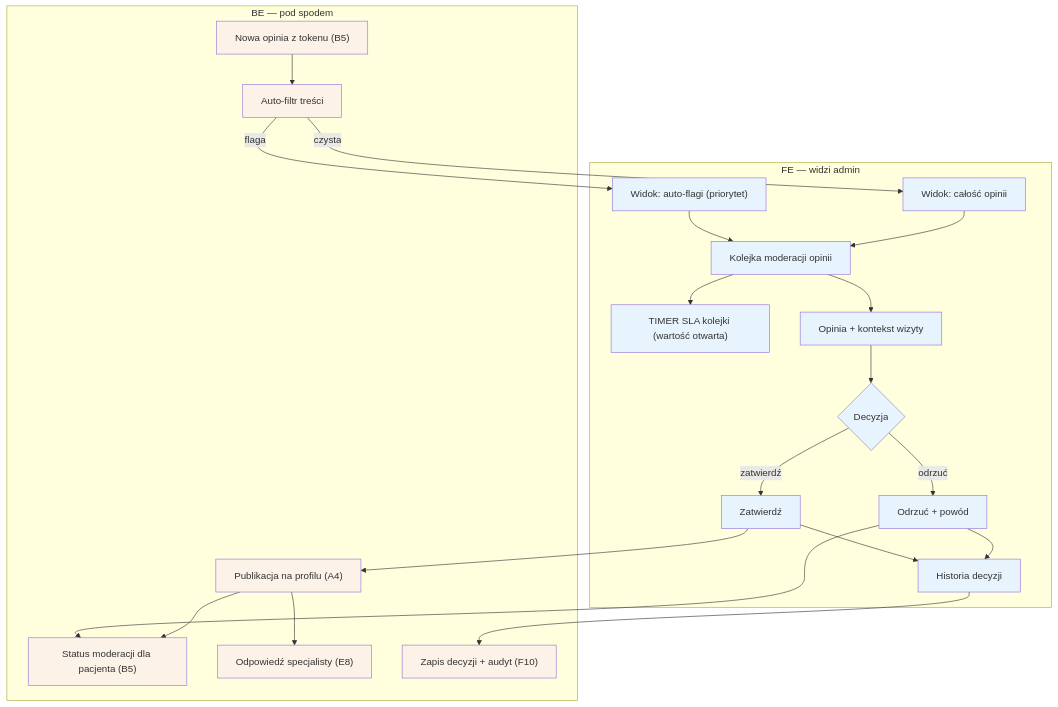
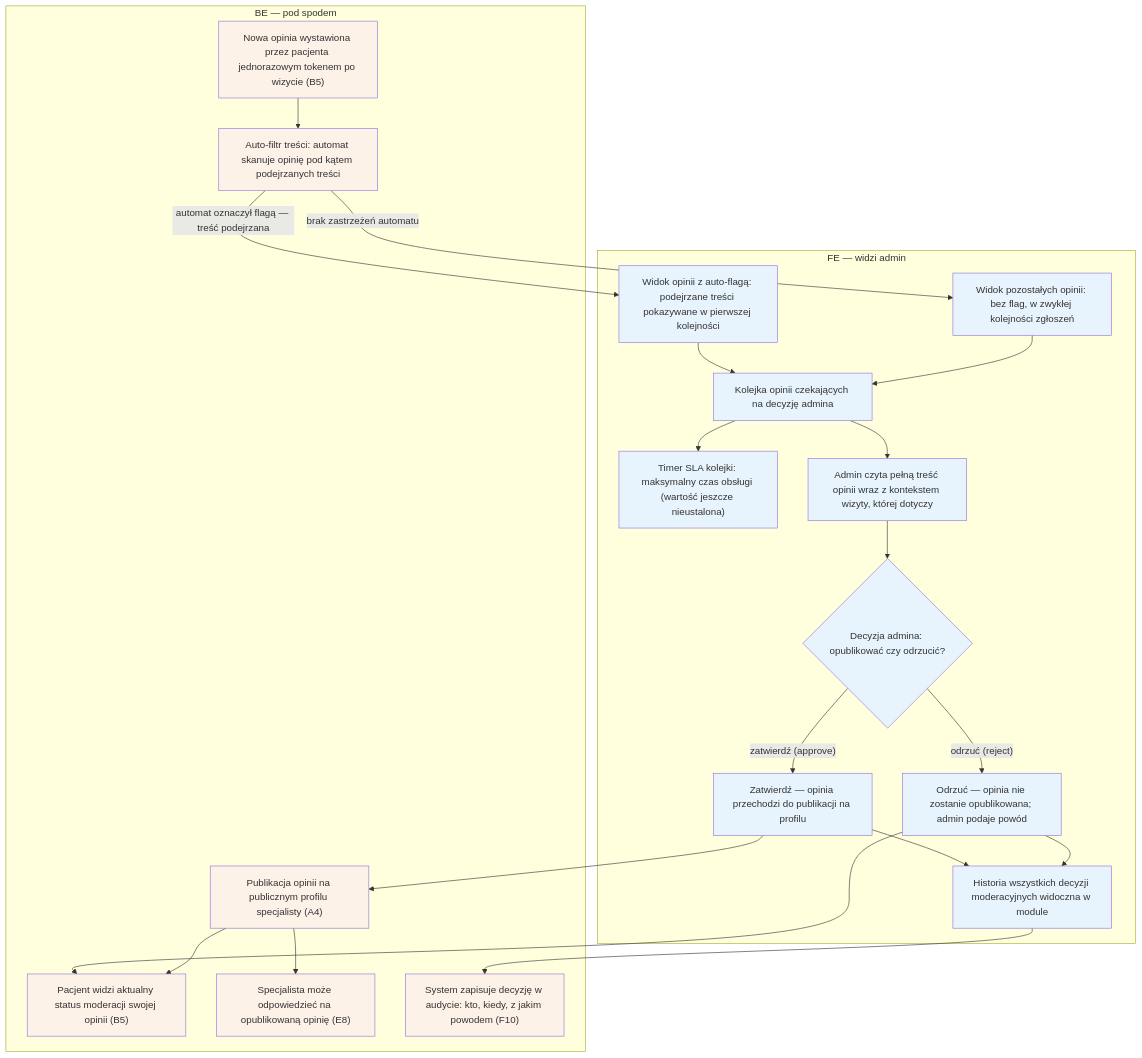
Before and after one commit to QooperBoy/medivo_portal: the diagram in diagrams/f-backoffice/f2-moderacja-opinii.md, drawn with Mermaid. The commit also changed other lines of this file and 47 other files, not shown here.

First line of the commit message:
czytelnosc: pelne etykiety + sekcje Aktorzy i Objasnienie blokow (23 diagramy)

````diff
--- a/diagrams/f-backoffice/f2-moderacja-opinii.md
+++ b/diagrams/f-backoffice/f2-moderacja-opinii.md
@@ -3,46 +3,46 @@
 ```mermaid
 flowchart TD
     subgraph FE["FE — widzi admin"]
-        KOLEJKA["Kolejka moderacji opinii"]
-        TIMER["TIMER SLA kolejki (wartość otwarta)"]
-        WFLAGI["Widok: auto-flagi (priorytet)"]
-        WCALOSC["Widok: całość opinii"]
-        SZCZEGOLY["Opinia + kontekst wizyty"]
-        DECYZJA{"Decyzja"}
-        ZATWIERDZ["Zatwierdź"]
-        ODRZUC["Odrzuć + powód"]
-        HISTORIA["Historia decyzji"]
+        KOLEJKA["Kolejka opinii czekających na decyzję admina"]
+        TIMER["Timer SLA kolejki: maksymalny czas obsługi (wartość jeszcze nieustalona)"]
+        WFLAGI["Widok opinii z auto-flagą: podejrzane treści pokazywane w pierwszej kolejności"]
+        WCALOSC["Widok pozostałych opinii: bez flag, w zwykłej kolejności zgłoszeń"]
+        SZCZEGOLY["Admin czyta pełną treść opinii wraz z kontekstem wizyty, której dotyczy"]
+        DECYZJA{"Decyzja admina: opublikować czy odrzucić?"}
+        ZATWIERDZ["Zatwierdź — opinia przechodzi do publikacji na profilu"]
+        ODRZUC["Odrzuć — opinia nie zostanie opublikowana; admin podaje powód"]
+        HISTORIA["Historia wszystkich decyzji moderacyjnych widoczna w module"]
     end
 
     subgraph BE["BE — pod spodem"]
-        NOWA["Nowa opinia z tokenu (B5)"]
-        AUTOFILTR["Auto-filtr treści"]
-        PUBLIKACJA["Publikacja na profilu (A4)"]
-        STATUS["Status moderacji dla pacjenta (B5)"]
-        ODPOWIEDZ["Odpowiedź specjalisty (E8)"]
-        AUDYT["Zapis decyzji + audyt (F10)"]
+        NOWA["Nowa opinia wystawiona przez pacjenta jednorazowym tokenem po wizycie (B5)"]
+        AUTOFILTR["Auto-filtr treści: automat skanuje opinię pod kątem podejrzanych treści"]
+        PUBLIKACJA["Publikacja opinii na publicznym profilu specjalisty (A4)"]
+        STATUS["Pacjent widzi aktualny status moderacji swojej opinii (B5)"]
+        ODPOWIEDZ["Specjalista może odpowiedzieć na opublikowaną opinię (E8)"]
+        AUDYT["System zapisuje decyzję w audycie: kto, kiedy, z jakim powodem (F10)"]
     end
 
     NOWA --> AUTOFILTR
-    AUTOFILTR -->|"flaga"| WFLAGI
-    AUTOFILTR -->|"czysta"| WCALOSC
+    AUTOFILTR -->|"automat oznaczył flagą — treść podejrzana"| WFLAGI
+    AUTOFILTR -->|"brak zastrzeżeń automatu"| WCALOSC
     WFLAGI --> KOLEJKA
     WCALOSC --> KOLEJKA
     KOLEJKA --> TIMER
     KOLEJKA --> SZCZEGOLY
     SZCZEGOLY --> DECYZJA
-    DECYZJA -->|"zatwierdź"| ZATWIERDZ
-    DECYZJA -->|"odrzuć"| ODRZUC
+    DECYZJA -->|"zatwierdź (approve)"| ZATWIERDZ
+    DECYZJA -->|"odrzuć (reject)"| ODRZUC
     ZATWIERDZ --> PUBLIKACJA
     ODRZUC --> STATUS
     PUBLIKACJA --> STATUS
     PUBLIKACJA --> ODPOWIEDZ
     ZATWIERDZ --> HISTORIA
     ODRZUC --> HISTORIA
     HISTORIA --> AUDYT
 
     classDef fe fill:#e8f4fd
     classDef be fill:#fdf2e8
     class KOLEJKA,TIMER,WFLAGI,WCALOSC,SZCZEGOLY,DECYZJA,ZATWIERDZ,ODRZUC,HISTORIA fe
     class NOWA,AUTOFILTR,PUBLIKACJA,STATUS,ODPOWIEDZ,AUDYT be
 ```
````
